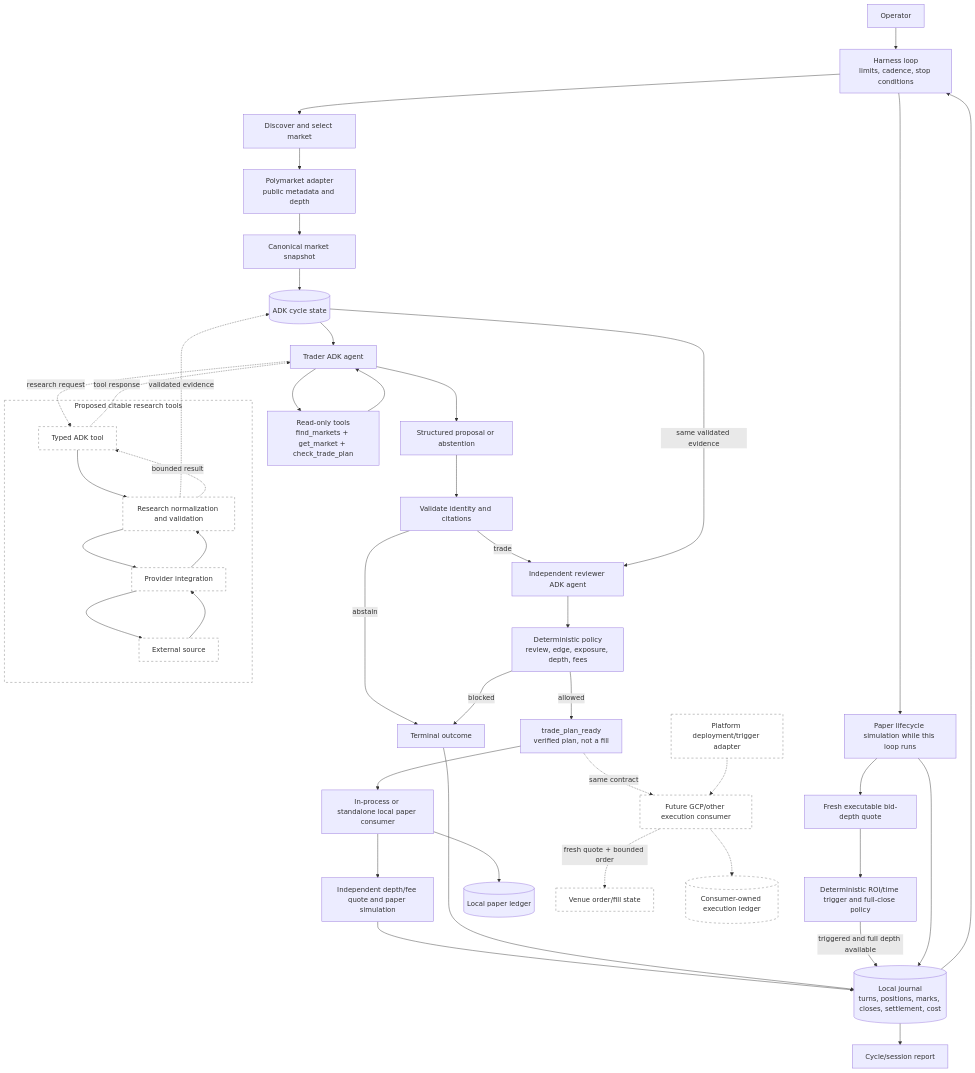
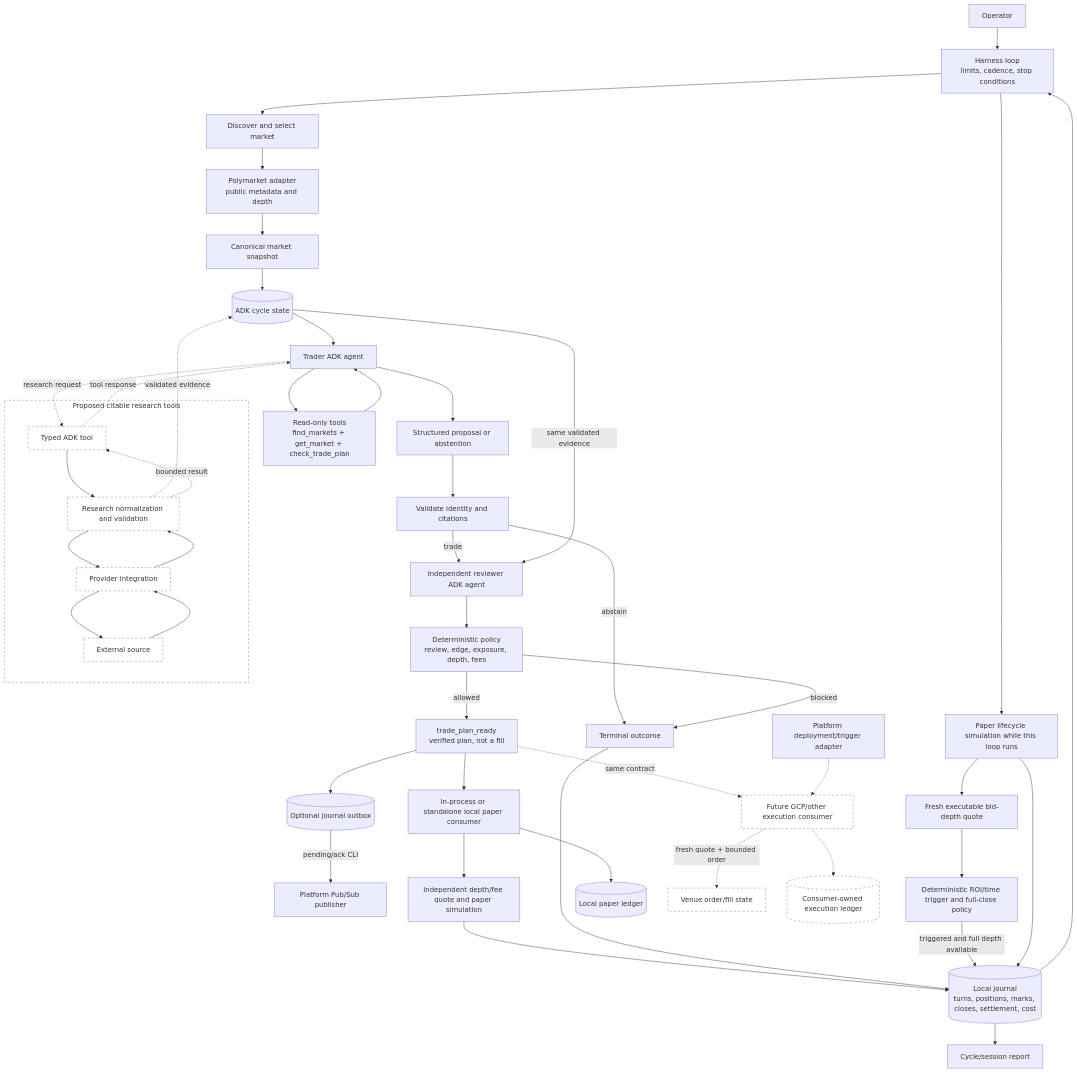
Before and after one commit to JMrtzsn/chrysopoeia: the diagram in harness/docs/architecture.md, drawn with Mermaid. The commit also changed other lines of this file and 21 other files, not shown here.

Commit message:
Add optional Pub/Sub event publisher

````diff
--- a/harness/docs/architecture.md
+++ b/harness/docs/architecture.md
@@ -6,54 +6,56 @@
 ```mermaid
 flowchart TD
     Operator --> Loop["Harness loop<br/>limits, cadence, stop conditions"]
     Loop --> Discover["Discover and select market"]
     Discover --> Venue["Polymarket adapter<br/>public metadata and depth"]
     Venue --> Snapshot["Canonical market snapshot"]
     Snapshot --> State[("ADK cycle state")]
 
     State --> Trader["Trader ADK agent"]
     Trader --> ContextTool["Read-only tools<br/>find_markets + get_market + check_trade_plan"]
     ContextTool --> Trader
     Trader --> Proposal["Structured proposal or abstention"]
     Proposal --> Gate["Validate identity and citations"]
     Gate -->|abstain| Outcome["Terminal outcome"]
     Gate -->|trade| Reviewer["Independent reviewer ADK agent"]
     State -->|same validated evidence| Reviewer
     Reviewer --> Policy["Deterministic policy<br/>review, edge, exposure, depth, fees"]
     Policy -->|allowed| Ready["trade_plan_ready<br/>verified plan, not a fill"]
+    Ready --> Outbox[("Optional journal outbox")]
+    Outbox -->|"pending/ack CLI"| Publisher["Platform Pub/Sub publisher"]
     Ready --> PaperConsumer["In-process or standalone local paper consumer"]
     PaperConsumer --> Quote["Independent depth/fee quote and paper simulation"]
     Policy -->|blocked| Outcome
     Quote --> Journal[("Local journal<br/>turns, positions, marks, closes, settlement, cost")]
     Outcome --> Journal
     Loop --> Lifecycle["Paper lifecycle simulation while this loop runs"]
     Lifecycle --> ExitQuote["Fresh executable bid-depth quote"]
     ExitQuote --> ExitPolicy["Deterministic ROI/time trigger and full-close policy"]
     ExitPolicy -->|triggered and full depth available| Journal
     Lifecycle --> Journal
     Journal --> Loop
     Journal --> Report["Cycle/session report"]
 
     Ready -. "same contract" .-> ExecutionConsumer["Future GCP/other execution consumer"]
     PaperConsumer --> PaperLedger[("Local paper ledger")]
     ExecutionConsumer -. "fresh quote + bounded order" .-> LiveVenue["Venue order/fill state"]
     ExecutionConsumer -.-> LiveLedger[("Consumer-owned execution ledger")]
     Platform["Platform deployment/trigger adapter"] -.-> ExecutionConsumer
 
     subgraph Planned["Proposed citable research tools"]
         Tool["Typed ADK tool"]
         Core["Research normalization and validation"]
         Integration["Provider integration"]
         Source["External source"]
         Tool --> Core --> Integration --> Source
         Source --> Integration --> Core
     end
     Trader -. "research request" .-> Tool
     Core -. "validated evidence" .-> State
     Core -. "bounded result" .-> Tool
     Tool -. "tool response" .-> Trader
 
     classDef planned fill:#fff,stroke:#777,stroke-dasharray:5 5;
-    class Tool,Core,Integration,Source,ExecutionConsumer,LiveVenue,LiveLedger,Platform planned;
+    class Tool,Core,Integration,Source,ExecutionConsumer,LiveVenue,LiveLedger planned;
     style Planned fill:#fff,stroke:#777,stroke-dasharray:5 5;
 ```
````
